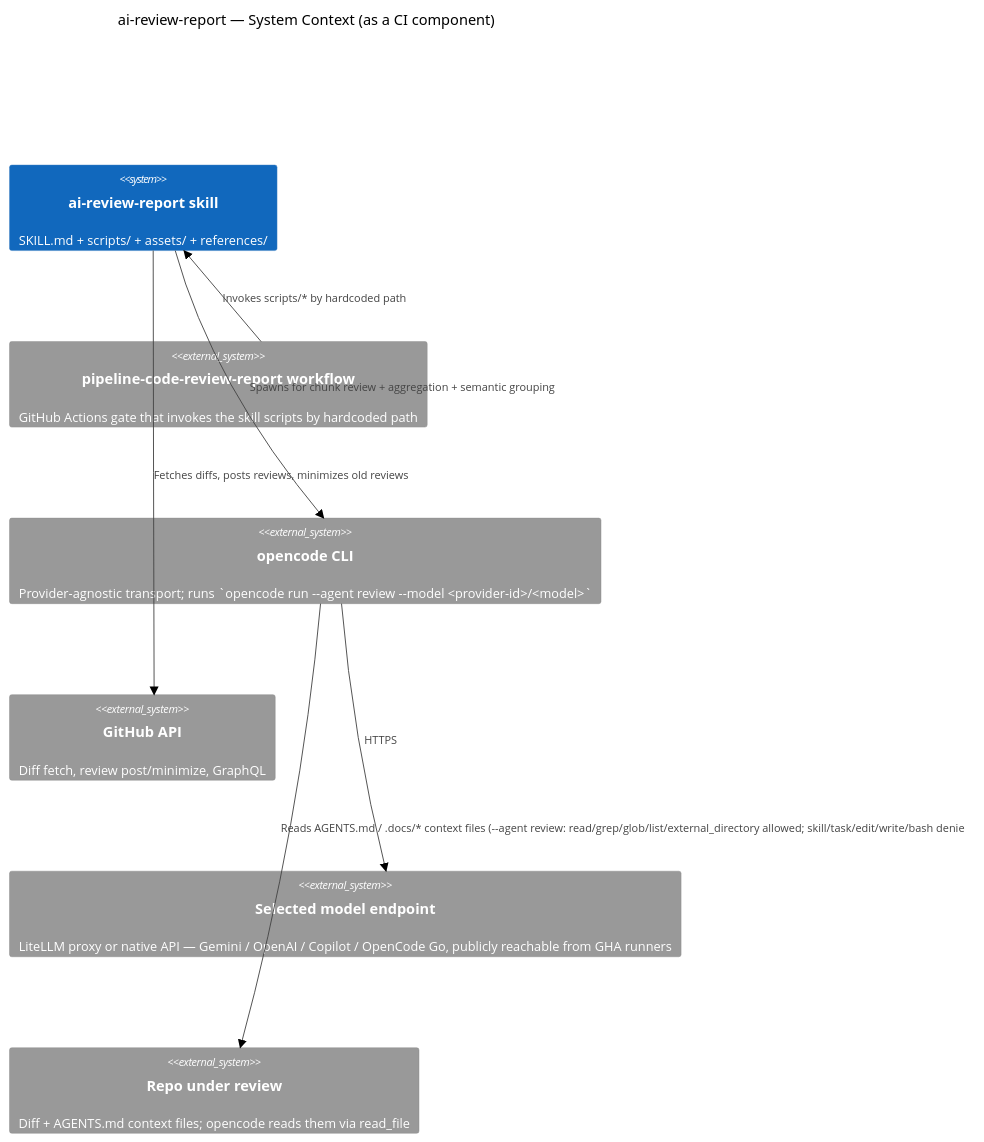
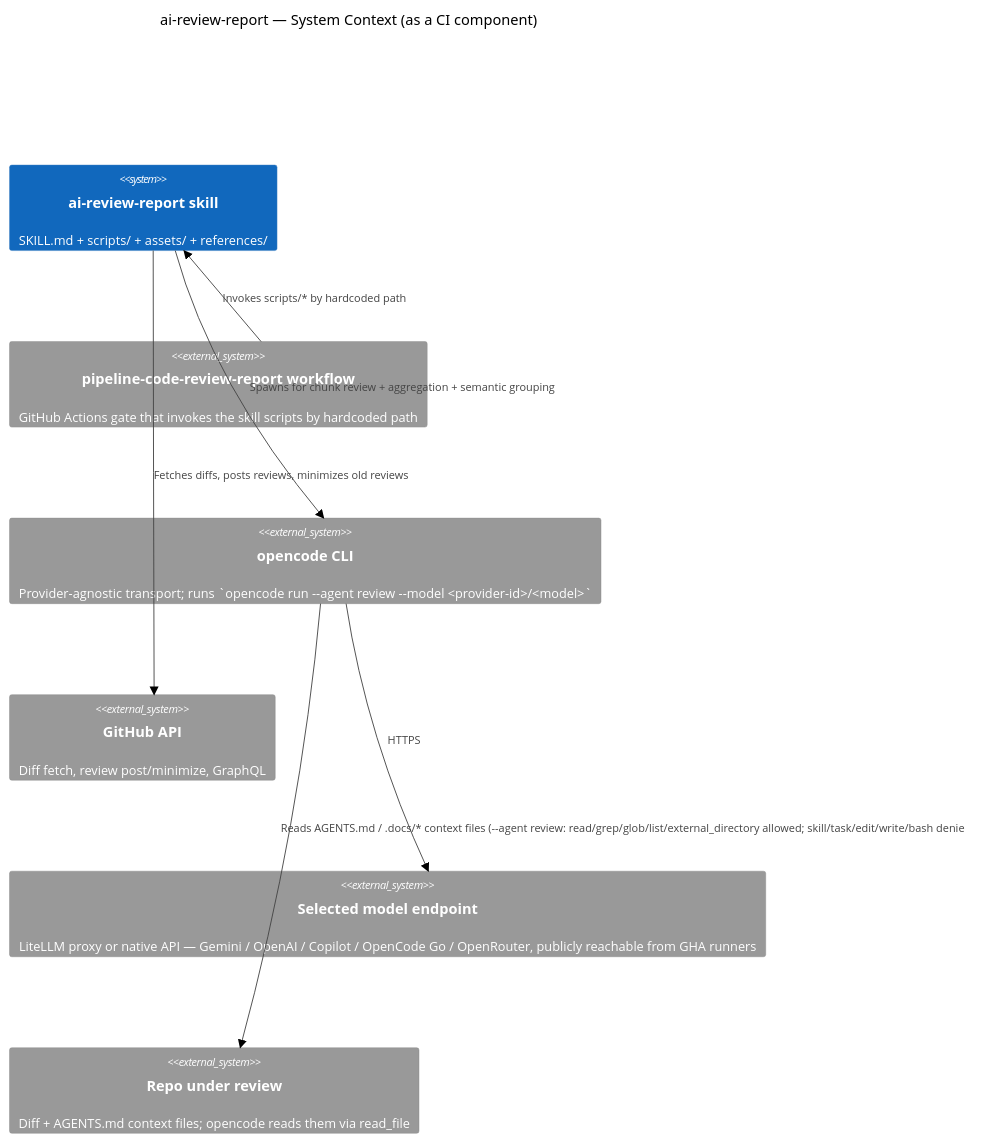
The diagram in .agents/skills/ai-review-report/AGENTS.md (generic-automation-and-it/smooth-ai-report-review), drawn with Mermaid (neutral theme) before and after one commit. The commit also changed other lines of this file and 16 other files, not shown here.

First line of the commit message:
feat: add OpenRouter provider (OPEN_ROUTER) to the review pipeline (#47)

````diff
--- a/.agents/skills/ai-review-report/AGENTS.md
+++ b/.agents/skills/ai-review-report/AGENTS.md
@@ -28,17 +28,17 @@
 ```mermaid
 C4Context
     title ai-review-report — System Context (as a CI component)
 
     System(skill, "ai-review-report skill", "SKILL.md + scripts/ + assets/ + references/")
     System_Ext(workflow, "pipeline-code-review-report workflow", "GitHub Actions gate that invokes the skill scripts by hardcoded path")
     System_Ext(opencode, "opencode CLI", "Provider-agnostic transport; runs `opencode run --agent review --model <provider-id>/<model>`")
     System_Ext(github, "GitHub API", "Diff fetch, review post/minimize, GraphQL")
-    System_Ext(provider, "Selected model endpoint", "LiteLLM proxy or native API — Gemini / OpenAI / Copilot / OpenCode Go, publicly reachable from GHA runners")
+    System_Ext(provider, "Selected model endpoint", "LiteLLM proxy or native API — Gemini / OpenAI / Copilot / OpenCode Go / OpenRouter, publicly reachable from GHA runners")
     System_Ext(reporeview, "Repo under review", "Diff + AGENTS.md context files; opencode reads them via read_file")
 
     Rel(workflow, skill, "Invokes scripts/* by hardcoded path")
     Rel(skill, opencode, "Spawns for chunk review + aggregation + semantic grouping")
     Rel(skill, github, "Fetches diffs, posts reviews, minimizes old reviews")
     Rel(opencode, provider, "HTTPS")
     Rel(opencode, reporeview, "Reads AGENTS.md / .docs/* context files (--agent review: read/grep/glob/list/external_directory allowed; skill/task/edit/write/bash denied)")
 ```
````
